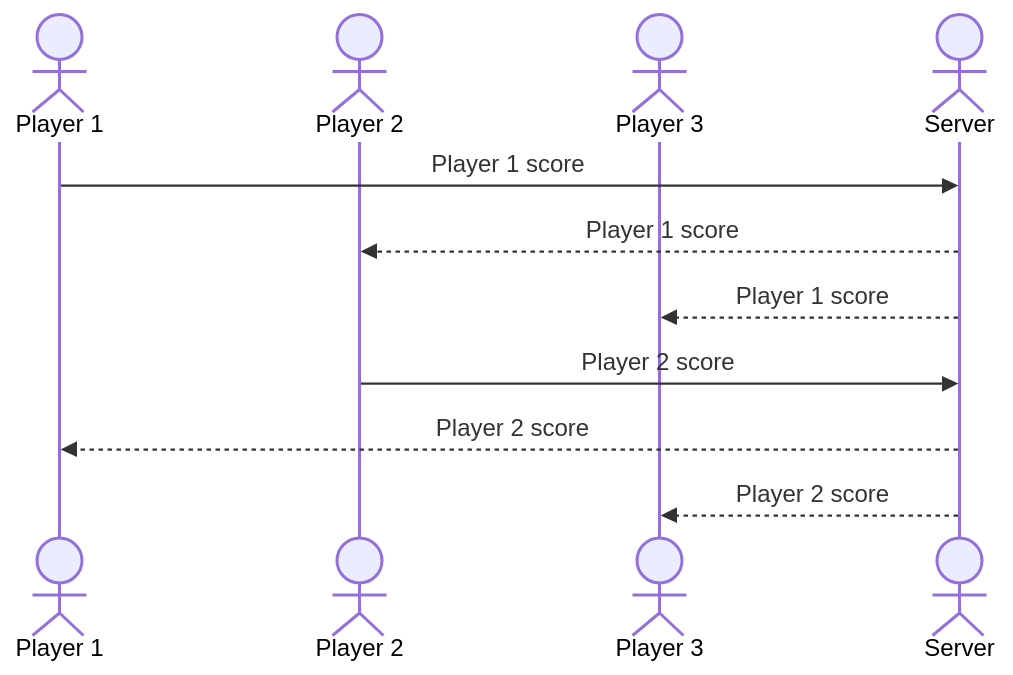
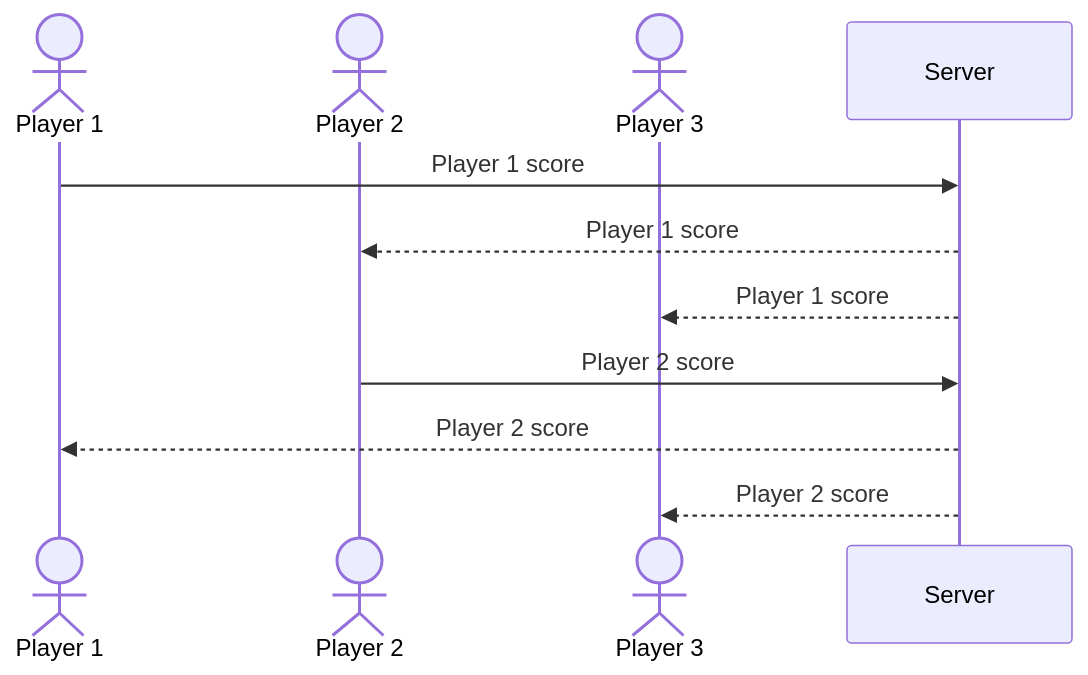
Before and after one commit to emchase8/260_startup: the diagram in README.md, drawn with Mermaid.

Commit message:
edit diagram

````diff
--- a/README.md
+++ b/README.md
@@ -37,13 +37,12 @@
 ```mermaid
 sequenceDiagram
     actor Player 1
     actor Player 2
     actor Player 3
-    actor Server
     Player 1->>Server: Player 1 score
     Server-->>Player 2: Player 1 score
     Server-->>Player 3: Player 1 score
     Player 2->>Server: Player 2 score
     Server-->>Player 1: Player 2 score
     Server-->>Player 3: Player 2 score
 ```
````
